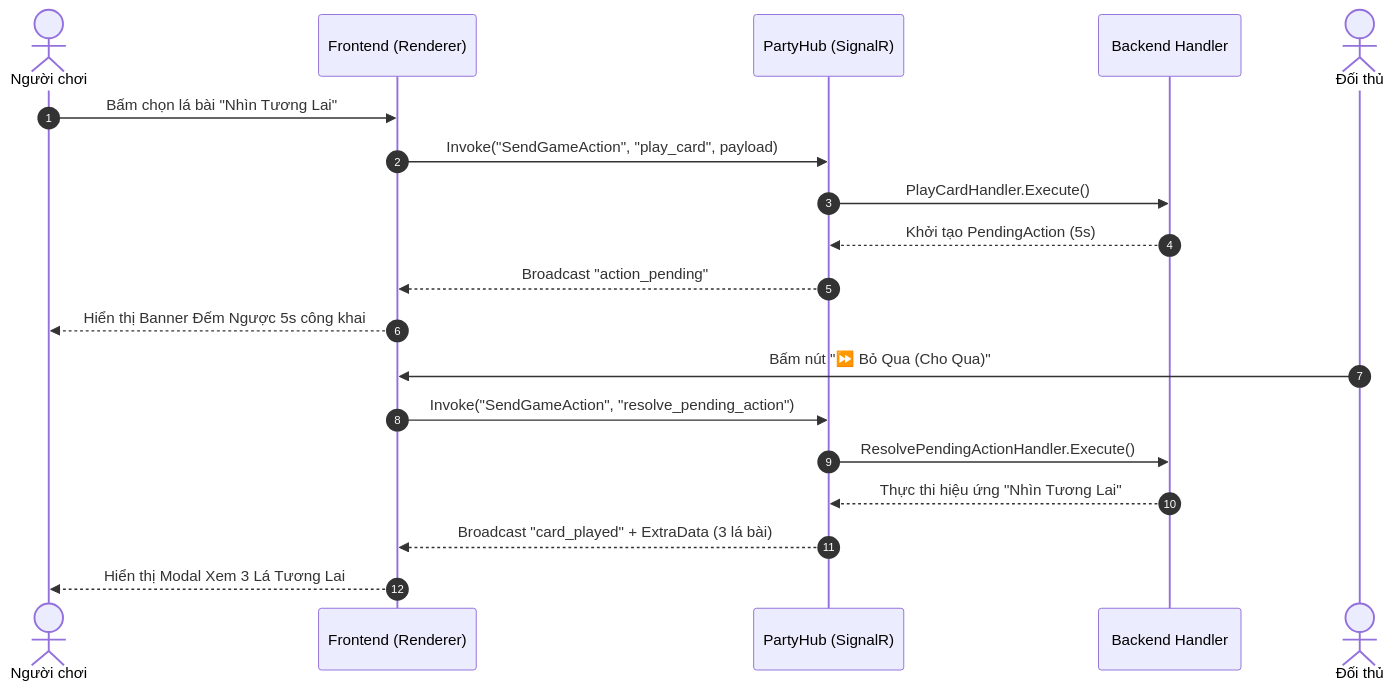
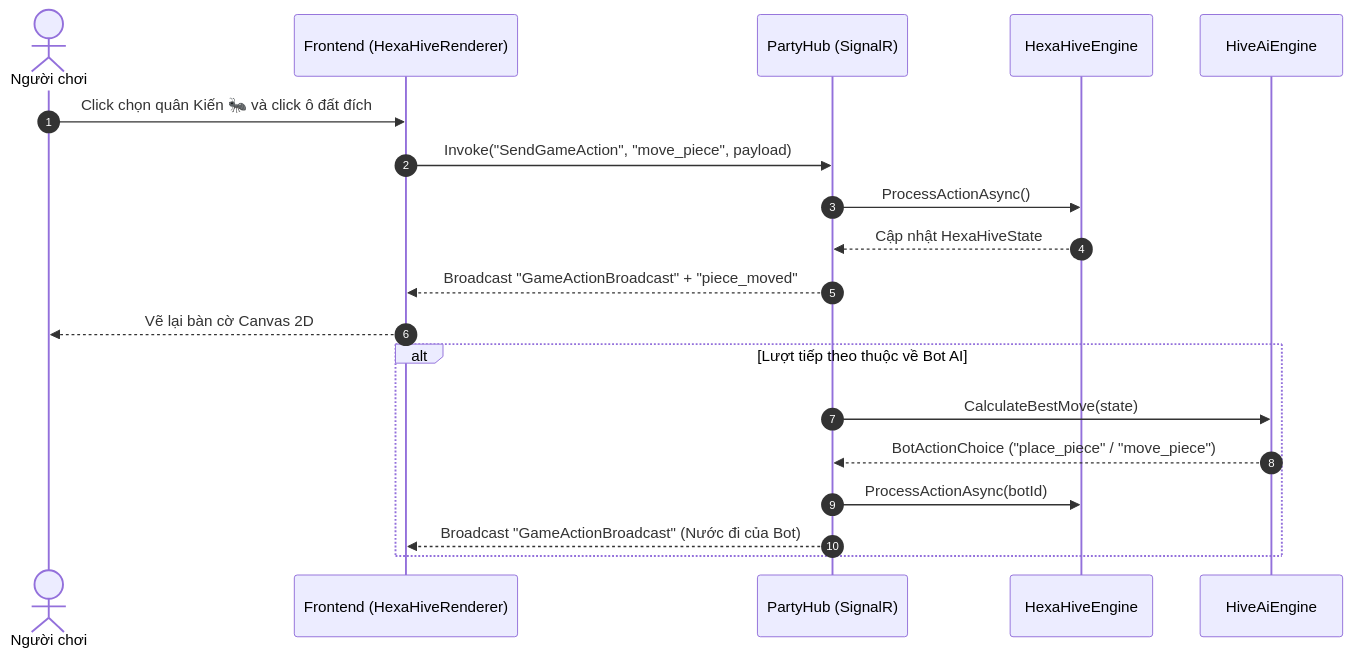
The diagram in DEVELOPER_GUIDE.md (MythNovem/Myth4Ever5), drawn with Mermaid before and after one commit. The commit also changed other lines of this file and 2 other files, not shown here.

Commit message:
Cập nhật doc sau khi tạo game MythicHive.

````diff
--- a/DEVELOPER_GUIDE.md
+++ b/DEVELOPER_GUIDE.md
@@ -77,22 +74,23 @@
 ```mermaid
 sequenceDiagram
     autonumber
     actor Player as Người chơi
-    participant Client as Frontend (Renderer)
+    participant Client as Frontend (HexaHiveRenderer)
     participant Hub as PartyHub (SignalR)
-    participant Handler as Backend Handler
-    actor Opponent as Đối thủ
+    participant Engine as HexaHiveEngine
+    participant AI as HiveAiEngine
 
-    Player->>Client: Bấm chọn lá bài "Nhìn Tương Lai"
-    Client->>Hub: Invoke("SendGameAction", "play_card", payload)
-    Hub->>Handler: PlayCardHandler.Execute()
-    Handler-->>Hub: Khởi tạo PendingAction (5s)
-    Hub-->>Client: Broadcast "action_pending"
-    Client-->>Player: Hiển thị Banner Đếm Ngược 5s công khai
-    Opponent->>Client: Bấm nút "⏩ Bỏ Qua (Cho Qua)"
-    Client->>Hub: Invoke("SendGameAction", "resolve_pending_action")
-    Hub->>Handler: ResolvePendingActionHandler.Execute()
-    Handler-->>Hub: Thực thi hiệu ứng "Nhìn Tương Lai"
-    Hub-->>Client: Broadcast "card_played" + ExtraData (3 lá bài)
-    Client-->>Player: Hiển thị Modal Xem 3 Lá Tương Lai
+    Player->>Client: Click chọn quân Kiến 🐜 và click ô đất đích
+    Client->>Hub: Invoke("SendGameAction", "move_piece", payload)
+    Hub->>Engine: ProcessActionAsync()
+    Engine-->>Hub: Cập nhật HexaHiveState
+    Hub-->>Client: Broadcast "GameActionBroadcast" + "piece_moved"
+    Client-->>Player: Vẽ lại bàn cờ Canvas 2D
+
+    alt Lượt tiếp theo thuộc về Bot AI
+        Hub->>AI: CalculateBestMove(state)
+        AI-->>Hub: BotActionChoice ("place_piece" / "move_piece")
+        Hub->>Engine: ProcessActionAsync(botId)
+        Hub-->>Client: Broadcast "GameActionBroadcast" (Nước đi của Bot)
+    end
 ```
````
